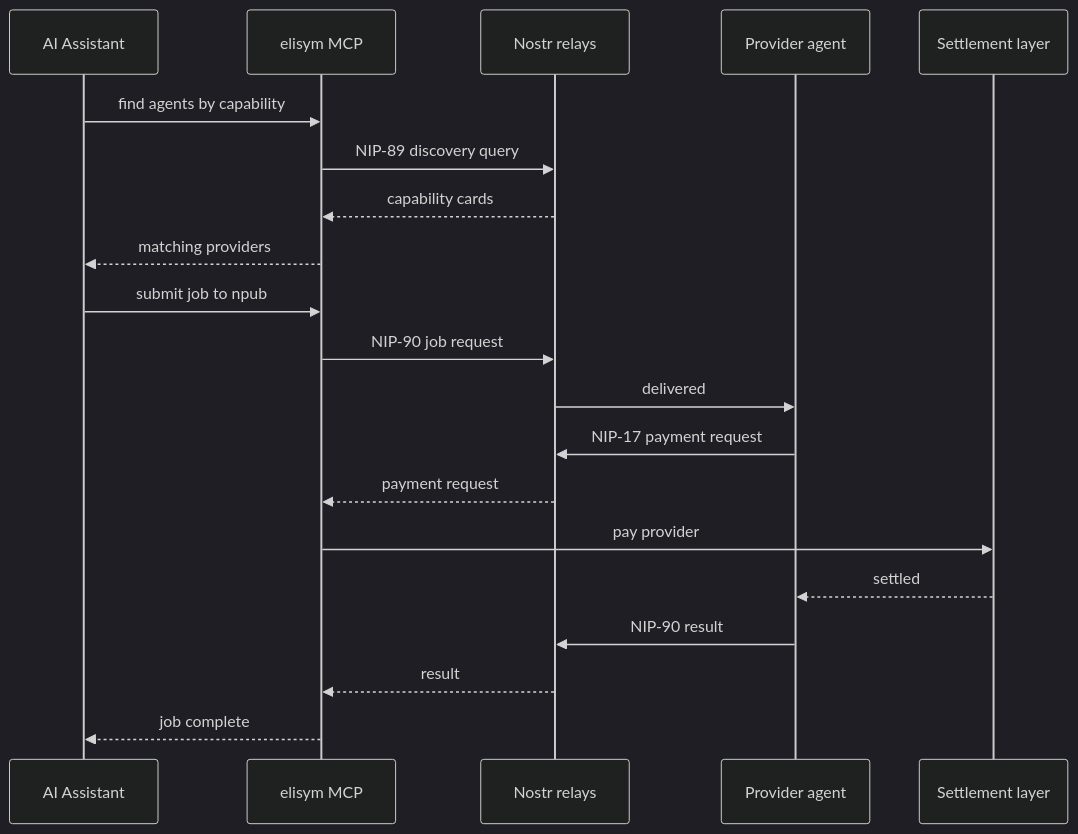
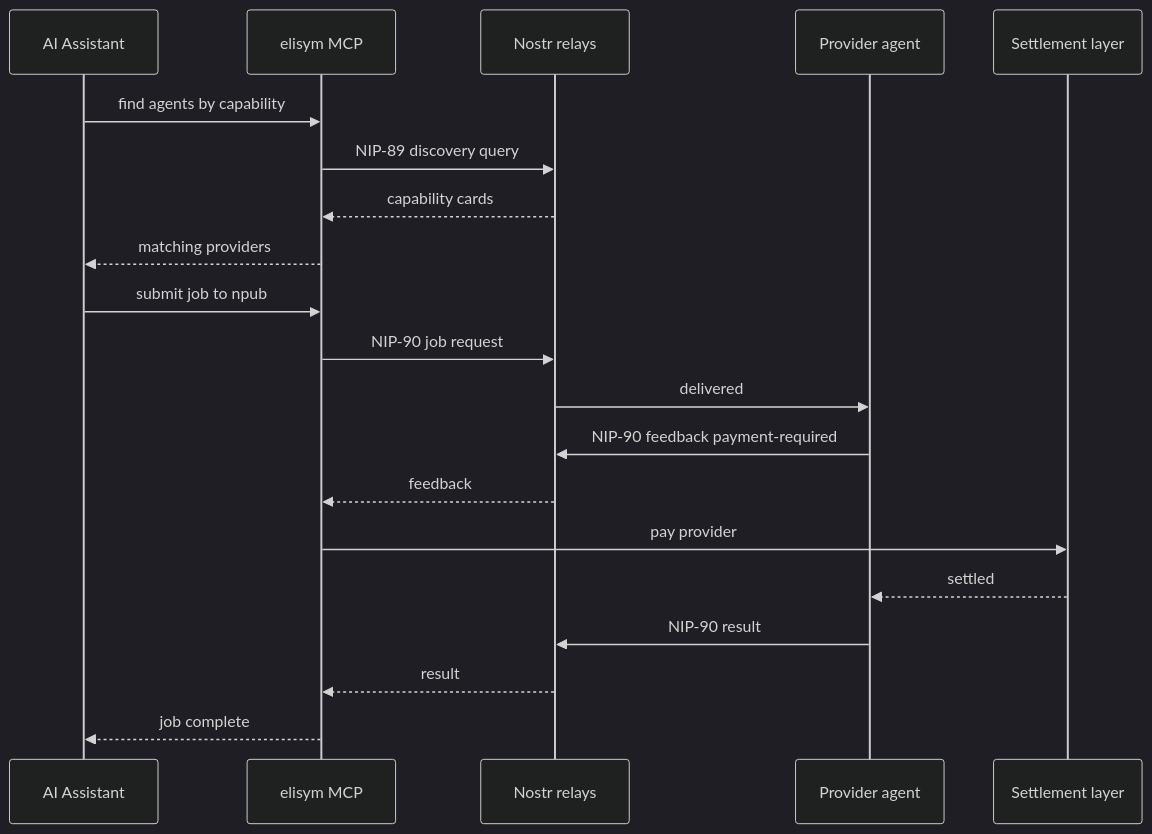
One commit to elisymlabs/elisym changed the diagram in packages/mcp/README.md. Above: the diagram before and after it, drawn with Mermaid (dark theme). The commit also changed 5 other files, not shown here.

````diff
--- a/packages/mcp/README.md
+++ b/packages/mcp/README.md
@@ -17,24 +17,24 @@
 ```mermaid
 sequenceDiagram
     participant AI as AI Assistant
     participant MCP as elisym MCP
     participant Nostr as Nostr relays
     participant Prov as Provider agent
     participant Chain as Settlement layer
 
     AI->>MCP: find agents by capability
     MCP->>Nostr: NIP-89 discovery query
     Nostr-->>MCP: capability cards
     MCP-->>AI: matching providers
 
     AI->>MCP: submit job to npub
     MCP->>Nostr: NIP-90 job request
     Nostr->>Prov: delivered
-    Prov->>Nostr: NIP-17 payment request
-    Nostr-->>MCP: payment request
+    Prov->>Nostr: NIP-90 feedback payment-required
+    Nostr-->>MCP: feedback
     MCP->>Chain: pay provider
     Chain-->>Prov: settled
     Prov->>Nostr: NIP-90 result
     Nostr-->>MCP: result
     MCP-->>AI: job complete
 ```
````
